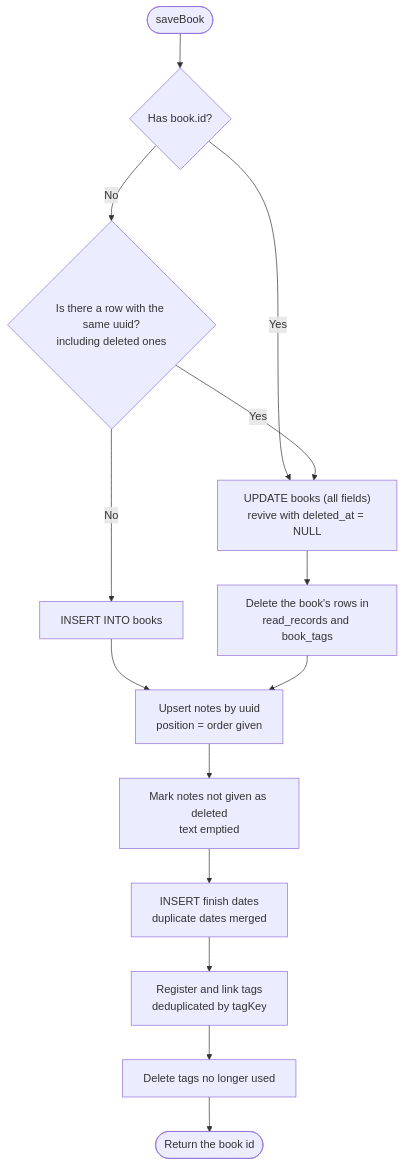
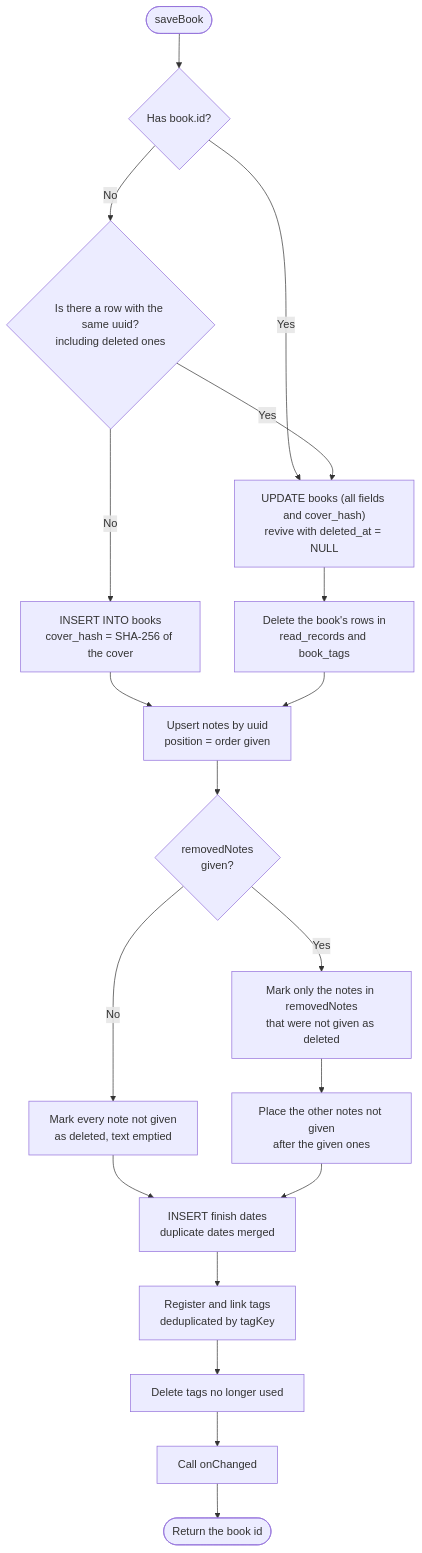
The eighth of 13 diagrams in docs/design/detail-design.md (colophonbooks/colophon), drawn with Mermaid before and after one commit. The commit also changed other lines of this file and 7 other files, not shown here.

````diff
--- a/docs/design/detail-design.md
+++ b/docs/design/detail-design.md
@@ -736,16 +842,21 @@
 ```mermaid
 flowchart TD
     start([saveBook]) --> id{"Has book.id?"}
     id -- Yes --> upd
     id -- No --> byUuid{"Is there a row with the same uuid?<br/>including deleted ones"}
-    byUuid -- No --> ins["INSERT INTO books"]
-    byUuid -- Yes --> upd["UPDATE books (all fields)<br/>revive with deleted_at = NULL"]
+    byUuid -- No --> ins["INSERT INTO books<br/>cover_hash = SHA-256 of the cover"]
+    byUuid -- Yes --> upd["UPDATE books (all fields and cover_hash)<br/>revive with deleted_at = NULL"]
     upd --> clear["Delete the book's rows in<br/>read_records and book_tags"]
     ins --> notes
     clear --> notes["Upsert notes by uuid<br/>position = order given"]
-    notes --> tomb["Mark notes not given as deleted<br/>text emptied"]
-    tomb --> rr["INSERT finish dates<br/>duplicate dates merged"]
+    notes --> rm{"removedNotes<br/>given?"}
+    rm -- No --> tomb["Mark every note not given<br/>as deleted, text emptied"]
+    rm -- Yes --> tomb2["Mark only the notes in removedNotes<br/>that were not given as deleted"]
+    tomb2 --> order["Place the other notes not given<br/>after the given ones"]
+    tomb --> rr
+    order --> rr["INSERT finish dates<br/>duplicate dates merged"]
     rr --> tags["Register and link tags<br/>deduplicated by tagKey"]
     tags --> unused["Delete tags no longer used"]
-    unused --> done([Return the book id])
+    unused --> changed["Call onChanged"]
+    changed --> done([Return the book id])
 ```
````
